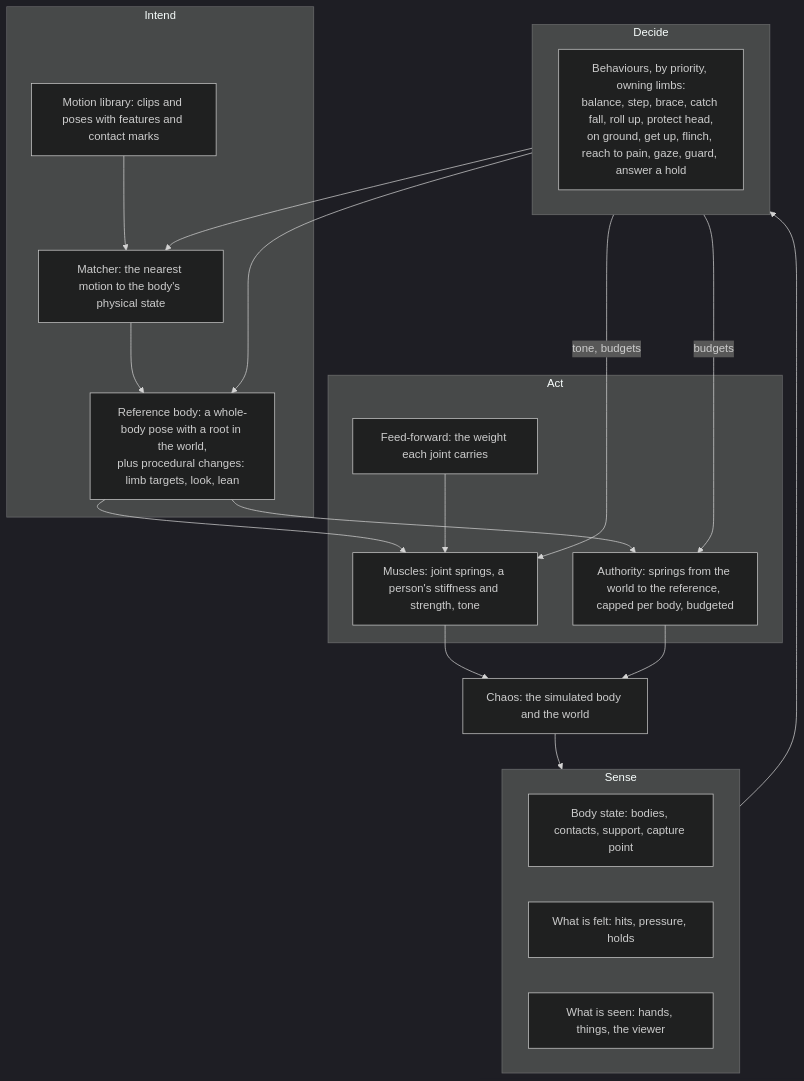
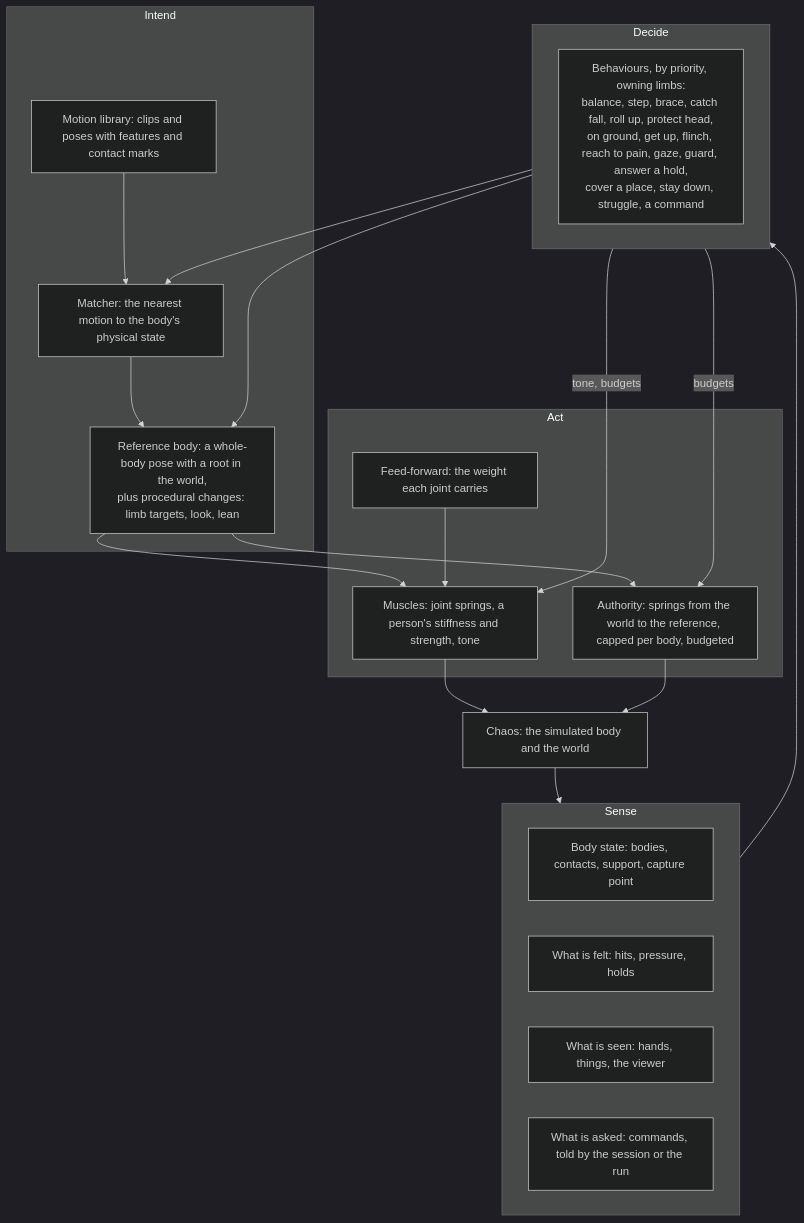
Before and after one commit to ksk6794/dictator-sandbox: the diagram in docs/active-ragdoll.md, drawn with Mermaid (dark theme). The commit also changed other lines of this file and 59 other files, not shown here.

````diff
--- a/docs/active-ragdoll.md
+++ b/docs/active-ragdoll.md
@@ -137,34 +144,35 @@
 ```mermaid
 flowchart TD
     subgraph Sense
         S1[Body state: bodies, contacts, support, capture point]
         S2[What is felt: hits, pressure, holds]
         S3[What is seen: hands, things, the viewer]
+        S4[What is asked: commands, told by the session or the run]
     end
     subgraph Decide
-        B[Behaviours, by priority, owning limbs:\nbalance, step, brace, catch fall, roll up, protect head,\non ground, get up, flinch, reach to pain, gaze, guard, answer a hold]
+        B[Behaviours, by priority, owning limbs:\nbalance, step, brace, catch fall, roll up, protect head,\non ground, get up, flinch, reach to pain, gaze, guard, answer a hold,\ncover a place, stay down, struggle, a command]
     end
     subgraph Intend
         L[Motion library: clips and poses with features and contact marks]
         M[Matcher: the nearest motion to the body's physical state]
         R[Reference body: a whole-body pose with a root in the world,\nplus procedural changes: limb targets, look, lean]
     end
     subgraph Act
         A1[Muscles: joint springs, a person's stiffness and strength, tone]
         A2[Feed-forward: the weight each joint carries]
         A3[Authority: springs from the world to the reference, capped per body, budgeted]
     end
     P[Chaos: the simulated body and the world]
     Sense --> Decide
     Decide --> M
     L --> M --> R
     Decide --> R
     R --> A1
     R --> A3
     Decide -- tone, budgets --> A1
     Decide -- budgets --> A3
     A2 --> A1
     A1 --> P
     A3 --> P
     P --> Sense
 ```
````
